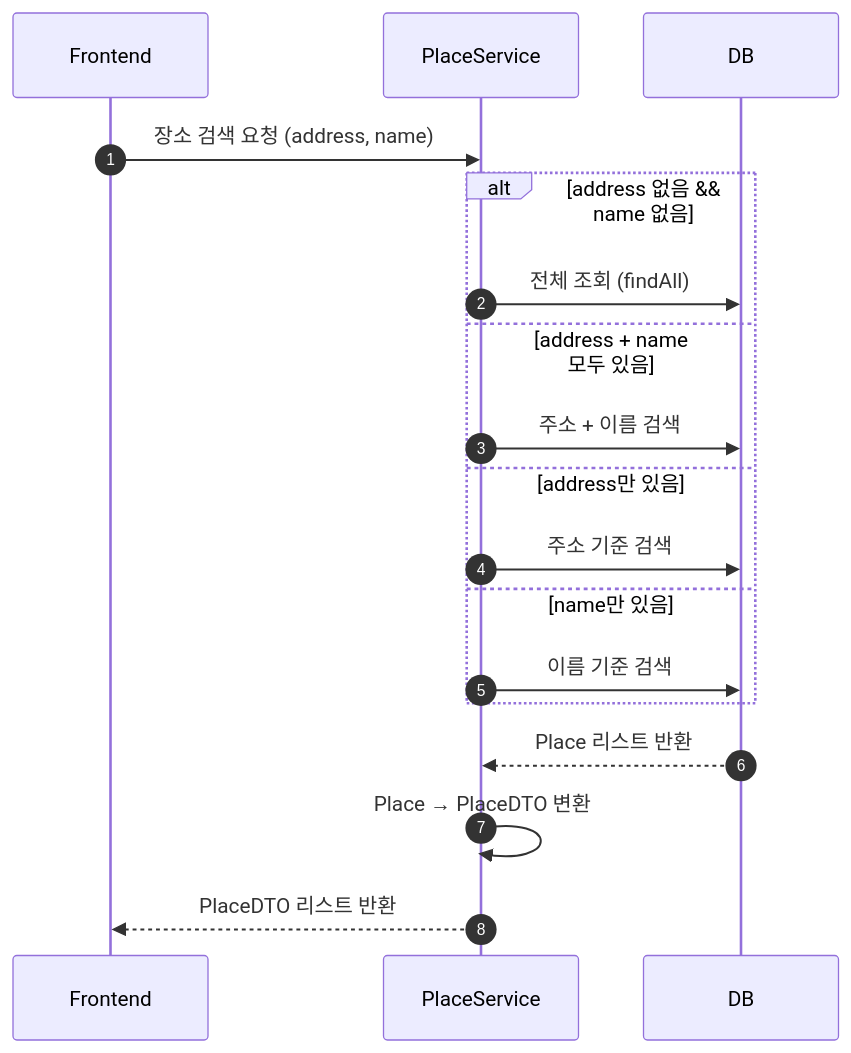
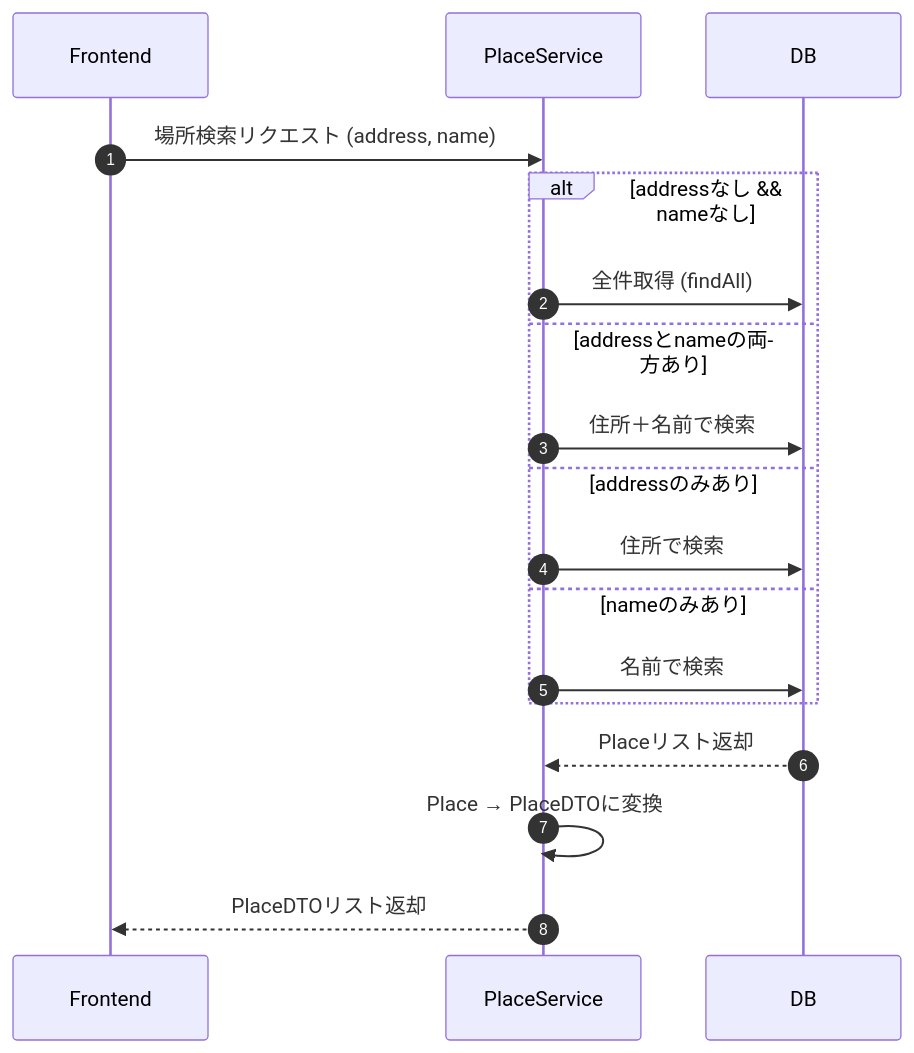
The fifth of 10 diagrams in README_img/SEQUENCE.md (You-HyunHo/Final-Project), drawn with Mermaid before and after one commit. The commit also changed other lines of this file, not shown here.

````diff
--- a/README_img/SEQUENCE.md
+++ b/README_img/SEQUENCE.md
@@ -116,25 +117,25 @@
 ```mermaid
 sequenceDiagram
-autonumber
-participant FE as Frontend
-participant BE as PlaceService
-participant DB
+    autonumber
+    participant FE as Frontend
+    participant BE as PlaceService
+    participant DB
 
-    FE->>BE: 장소 검색 요청 (address, name)
+    FE->>BE: 場所検索リクエスト (address, name)
 
-    alt address 없음 && name 없음
-        BE->>DB: 전체 조회 (findAll)
-    else address + name 모두 있음
-        BE->>DB: 주소 + 이름 검색
-    else address만 있음
-        BE->>DB: 주소 기준 검색
-    else name만 있음
-        BE->>DB: 이름 기준 검색
+    alt addressなし && nameなし
+        BE->>DB: 全件取得 (findAll)
+    else addressとnameの両方あり
+        BE->>DB: 住所＋名前で検索
+    else addressのみあり
+        BE->>DB: 住所で検索
+    else nameのみあり
+        BE->>DB: 名前で検索
     end
 
-    DB-->>BE: Place 리스트 반환
+    DB-->>BE: Placeリスト返却
 
-    BE->>BE: Place → PlaceDTO 변환
+    BE->>BE: Place → PlaceDTOに変換
 
-    BE-->>FE: PlaceDTO 리스트 반환
+    BE-->>FE: PlaceDTOリスト返却
 ```
````
